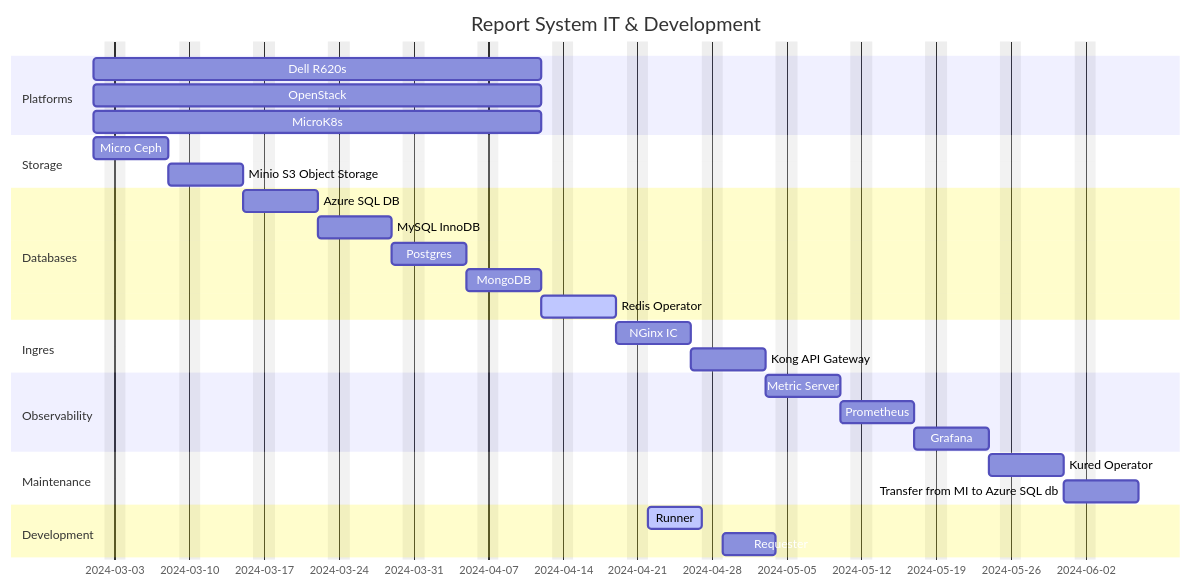
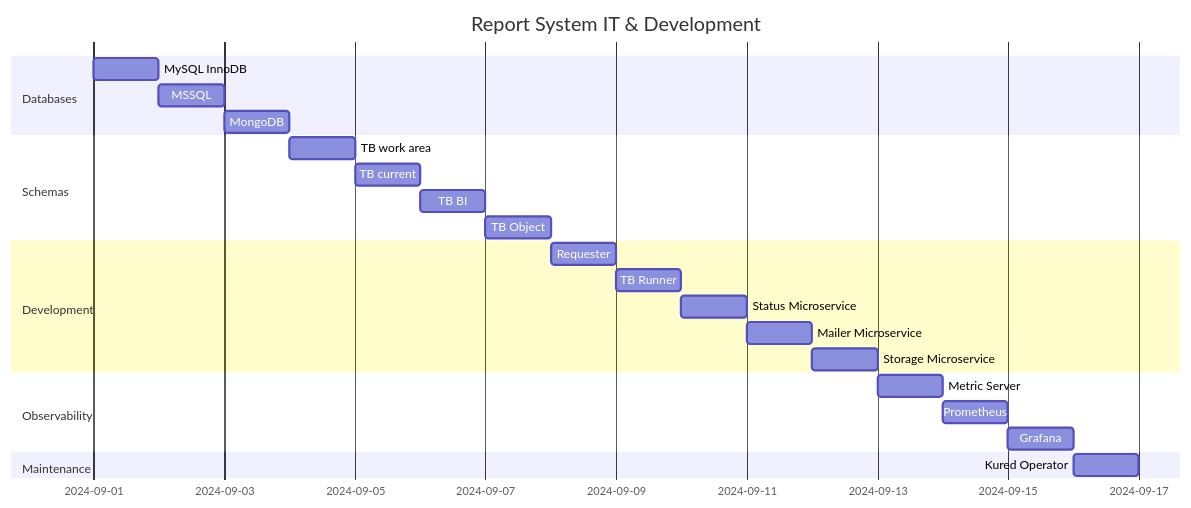
One commit to brentgroves/repsys changed the second of 2 diagrams in development/report_system/all_sw_gantt.md. Above: the diagram before and after it, drawn with Mermaid. The commit also changed other lines of this file and 13 other files, not shown here.

````diff
--- a/development/report_system/all_sw_gantt.md
+++ b/development/report_system/all_sw_gantt.md
@@ -7,41 +48,31 @@
 ```mermaid
 gantt
     dateFormat  YYYY-MM-DD
     title       Report System IT & Development
-    excludes    weekends
-    %% (`excludes` accepts specific dates in YYYY-MM-DD format, days of the week ("sunday") or "weekends", but not the word "weekdays".)
-
-    section Platforms
-    Dell R620s                :p1,2024-03-01,30d
-    OpenStack                 :p2,2024-03-01,30d
-    MicroK8s                  :p3,2024-03-01,30d
-
-    section Storage
-    Micro Ceph                :s1,2024-03-01,5d
-    Minio S3 Object Storage   :s2,after s1, 5d
 
     section Databases
-    Azure SQL DB              :db1,after s2,5d
-    MySQL InnoDB              :db2,after db1,5d
-    Postgres                  :db3, after db2, 5d
-    MongoDB                   :db4, after db3, 5d
-    Redis Operator            :active,db5, after db4, 5d
+    MySQL InnoDB                :db1,2024-09-01,1d
+    MSSQL                       :db2,after db1,1d
+    MongoDB                     :db3,after db2,1d
 
-    section Ingres
-    NGinx IC                  :i1,after db5, 5d
-    Kong API Gateway          :i2, after i1, 5d  
+    section Schemas
+    TB work area                :sc1,after db3,1d  
+    TB current                  :sc2,after sc1,1d    
+    TB BI                       :sc3,after sc2,1d  
+    TB Object                   :sc4,after sc3,1d    
+
+    section Development
+    Requester                   :d1,after sc4,1d
+    TB Runner                   :d2,after d1,1d
+    Status Microservice         :d3,after d2,1d
+    Mailer Microservice         :d4,after d3,1d
+    Storage Microservice        :d5,after d4,1d
 
     section Observability
-    Metric Server             :o1,after i2,5d
-    Prometheus                :o2,after o1,5d
-    Grafana                   :o3,after o2,5d
+    Metric Server               :o1,after d5,1d
+    Prometheus                  :o2,after o1,1d
+    Grafana                     :o3,after o2,1d
 
     section Maintenance
-    Kured Operator            :m1,after o3, 5d
-    Transfer from MI to Azure SQL db :m2, after m1,5d
-
-    section Development
-    Runner                  :active,d1,2024-04-22,5d
-    Requester               :d2,after d1,5d
-
+    Kured Operator              :m1,after o3,1d
 ```
````
